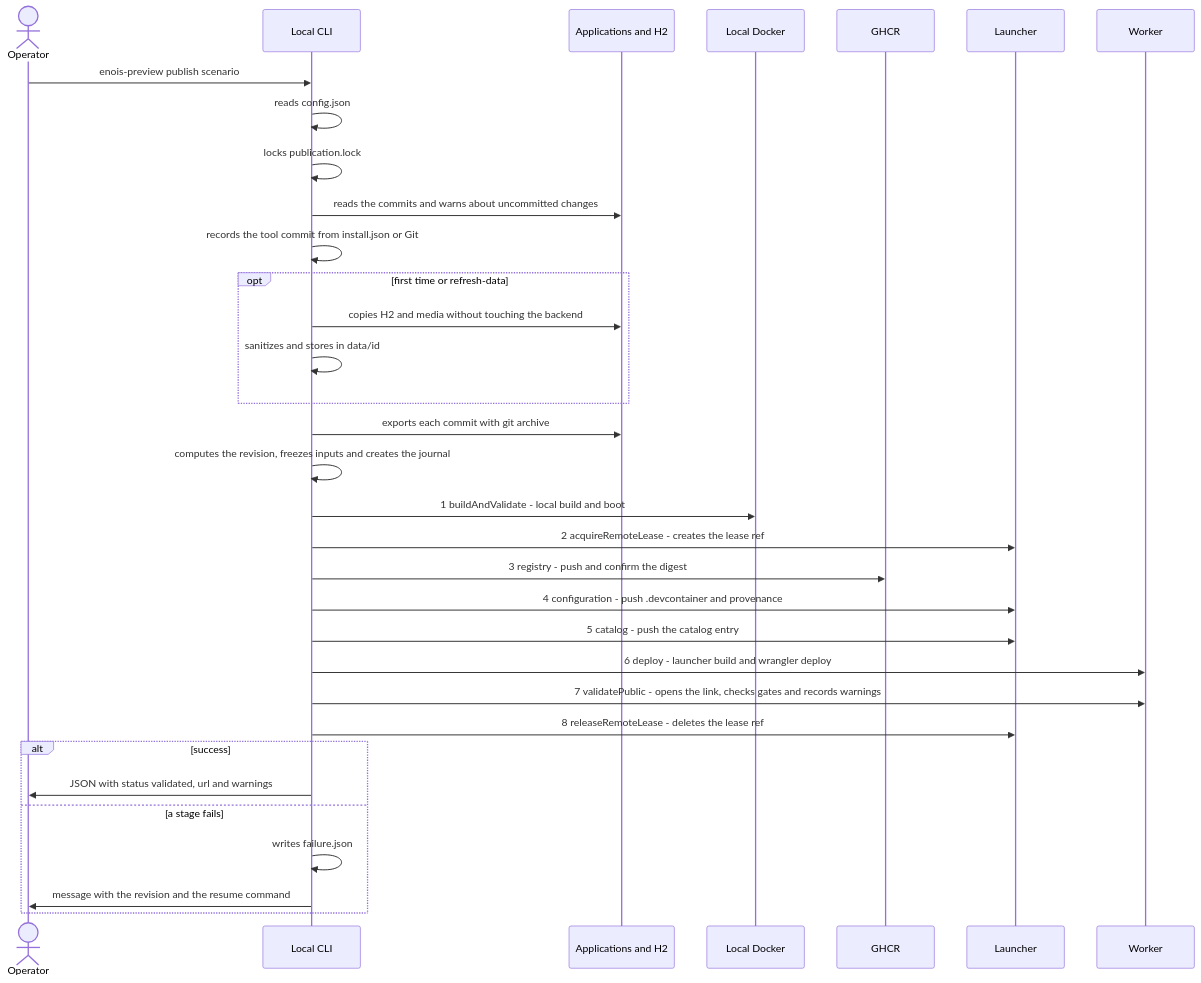
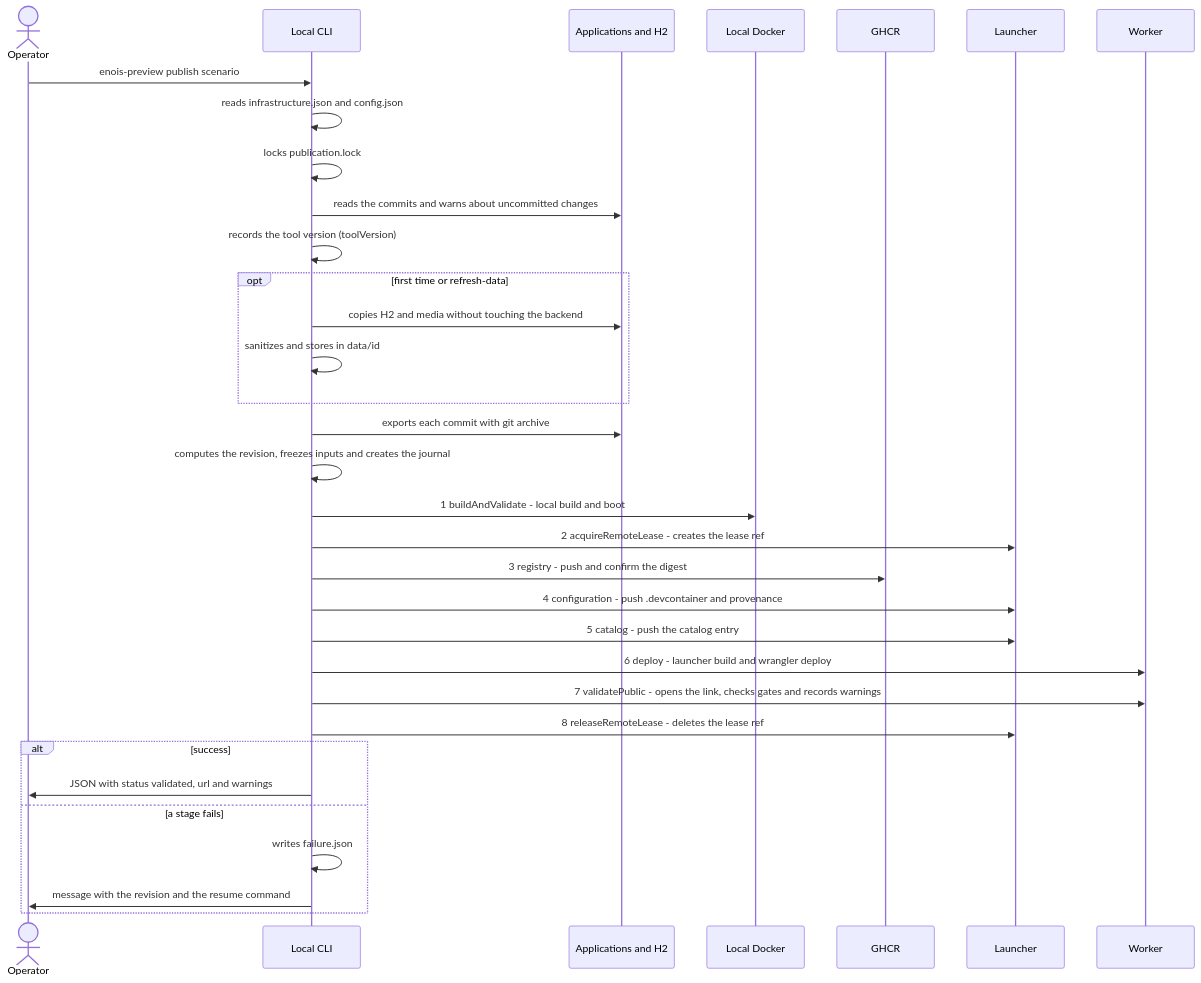
The second of 3 diagrams in docs/en/FLOW.md (renanfranca/enois-preview), drawn with Mermaid before and after one commit. The commit also changed other lines of this file and 67 other files, not shown here.

````diff
--- a/docs/en/FLOW.md
+++ b/docs/en/FLOW.md
@@ -48,36 +48,36 @@
 ```mermaid
 sequenceDiagram
   actor Op as Operator
   participant CLI as Local CLI
   participant Apps as Applications and H2
   participant Docker as Local Docker
   participant GHCR as GHCR
   participant L as Launcher
   participant W as Worker
 
   Op->>CLI: enois-preview publish scenario
-  CLI->>CLI: reads config.json
+  CLI->>CLI: reads infrastructure.json and config.json
   CLI->>CLI: locks publication.lock
   CLI->>Apps: reads the commits and warns about uncommitted changes
-  CLI->>CLI: records the tool commit from install.json or Git
+  CLI->>CLI: records the tool version (toolVersion)
   opt first time or refresh-data
     CLI->>Apps: copies H2 and media without touching the backend
     CLI->>CLI: sanitizes and stores in data/id
   end
   CLI->>Apps: exports each commit with git archive
   CLI->>CLI: computes the revision, freezes inputs and creates the journal
   CLI->>Docker: 1 buildAndValidate - local build and boot
   CLI->>L: 2 acquireRemoteLease - creates the lease ref
   CLI->>GHCR: 3 registry - push and confirm the digest
   CLI->>L: 4 configuration - push .devcontainer and provenance
   CLI->>L: 5 catalog - push the catalog entry
   CLI->>W: 6 deploy - launcher build and wrangler deploy
   CLI->>W: 7 validatePublic - opens the link, checks gates and records warnings
   CLI->>L: 8 releaseRemoteLease - deletes the lease ref
   alt success
     CLI->>Op: JSON with status validated, url and warnings
   else a stage fails
     CLI->>CLI: writes failure.json
     CLI->>Op: message with the revision and the resume command
   end
 ```
````
